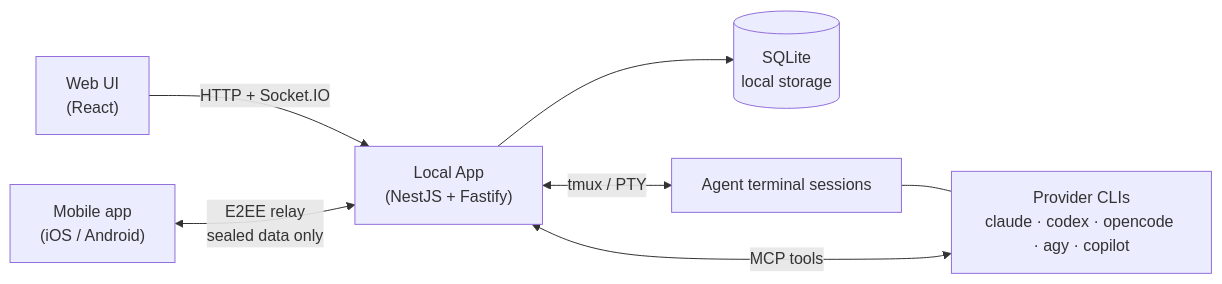
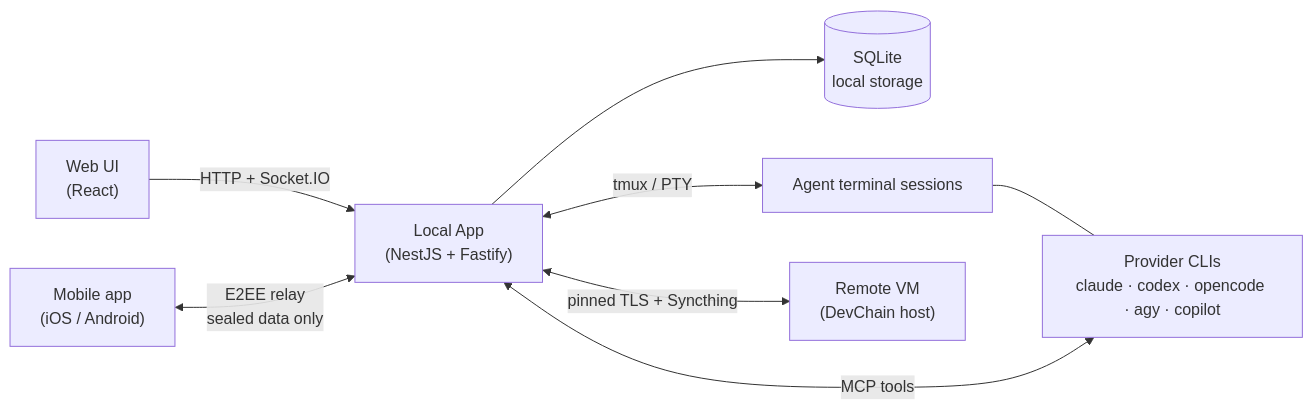
Before and after one commit to TwiTech-LAB/devchain: the diagram in README.md, drawn with Mermaid. The commit also changed other lines of this file and 1419 other files, not shown here.

````diff
--- a/README.md
+++ b/README.md
@@ -65,9 +83,10 @@
 ```mermaid
 graph LR
     Browser["Web UI<br/>(React)"] -->|HTTP + Socket.IO| App["Local App<br/>(NestJS + Fastify)"]
     App --> DB[("SQLite<br/>local storage")]
     App <-->|tmux / PTY| Sessions["Agent terminal sessions"]
     Sessions --- CLIs["Provider CLIs<br/>claude · codex · opencode · agy · copilot"]
     CLIs <-->|MCP tools| App
     Mobile["Mobile app<br/>(iOS / Android)"] <-->|E2EE relay<br/>sealed data only| App
+    App <-->|pinned TLS + Syncthing| VM["Remote VM<br/>(DevChain host)"]
 ```
````
